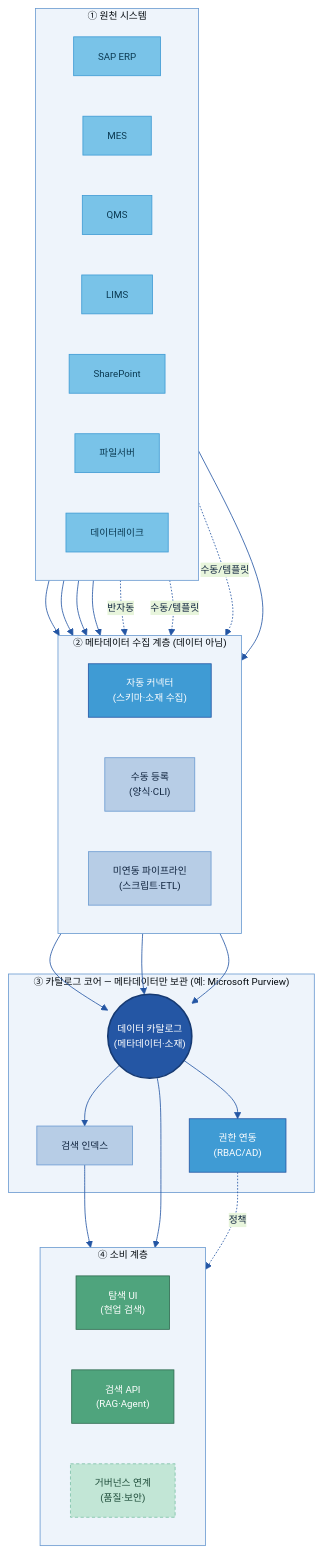
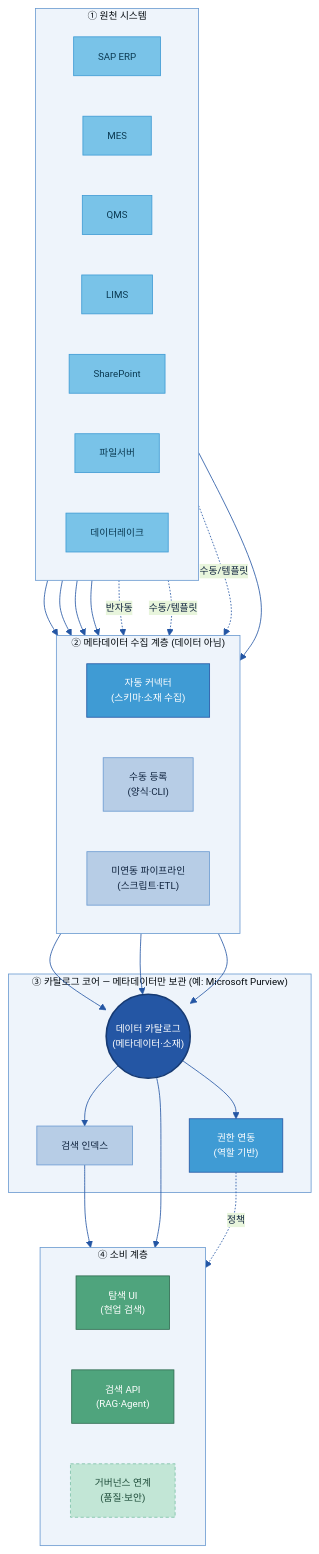
The seventh of 11 diagrams in 가이드 작성/A-1 데이터 카탈로그/A-1 데이터 카탈로그.md (jin-kearney/ai-ready-data-manual), drawn with Mermaid before and after one commit. The commit also changed other lines of this file and 4 other files, not shown here.

````diff
--- a/가이드 작성/A-1 데이터 카탈로그/A-1 데이터 카탈로그.md
+++ b/가이드 작성/A-1 데이터 카탈로그/A-1 데이터 카탈로그.md
@@ -673,48 +673,48 @@
 ```mermaid
 %%{init: {'theme':'base','themeVariables':{'primaryColor':'#DCE8F5','primaryBorderColor':'#2456A4','primaryTextColor':'#10243f','lineColor':'#2456A4','clusterBkg':'#EEF4FB','clusterBorder':'#6B9AD1','fontSize':'12px'}}}%%
 flowchart TB
     subgraph SRC["① 원천 시스템"]
         direction LR
         SAP["SAP ERP"]:::src
         MES["MES"]:::src
         QMS["QMS"]:::src
         LIMS["LIMS"]:::src
         SP["SharePoint"]:::src
         FS["파일서버"]:::src
         DL["데이터레이크"]:::src
     end
     subgraph COLL["② 메타데이터 수집 계층 (데이터 아님)"]
         direction LR
         AUTO["자동 커넥터<br/>(스키마·소재 수집)"]:::gate
         MAN["수동 등록<br/>(양식·CLI)"]:::n
         SCAN["미연동 파이프라인<br/>(스크립트·ETL)"]:::n
     end
     subgraph CORE["③ 카탈로그 코어 — 메타데이터만 보관 (예: Microsoft Purview)"]
         CAT(("데이터 카탈로그<br/>(메타데이터·소재)")):::cat
         IDX["검색 인덱스"]:::n
-        AUTH["권한 연동<br/>(RBAC/AD)"]:::gate
+        AUTH["권한 연동<br/>(역할 기반)"]:::gate
     end
     subgraph CONS["④ 소비 계층"]
         direction LR
         WEB["탐색 UI<br/>(현업 검색)"]:::loop
         API["검색 API<br/>(RAG·Agent)"]:::loop
         GOV["거버넌스 연계<br/>(품질·보안)"]:::cross
     end
     SAP & MES & QMS & LIMS --> AUTO
     SP -.반자동.-> AUTO
     FS & DL -.수동/템플릿.-> MAN
     DL --> SCAN
     AUTO --> CAT
     MAN --> CAT
     SCAN --> CAT
     CAT --> IDX --> WEB
     CAT --> API
     CAT --> AUTH
     AUTH -.정책.-> GOV
     classDef n fill:#B7CDE6,stroke:#6B9AD1,color:#10243f;
     classDef src fill:#79C3E8,stroke:#3F9BD4,color:#0b3a52;
     classDef cat fill:#2456A4,color:#fff,stroke:#163a73,stroke-width:2px;
     classDef gate fill:#3F9BD4,stroke:#2456A4,color:#fff;
     classDef loop fill:#4FA47D,stroke:#2f6b50,color:#fff;
     classDef cross fill:#C2E6D6,stroke:#7CC2A7,color:#1f4d3a,stroke-dasharray:4 3;
 ```
````
